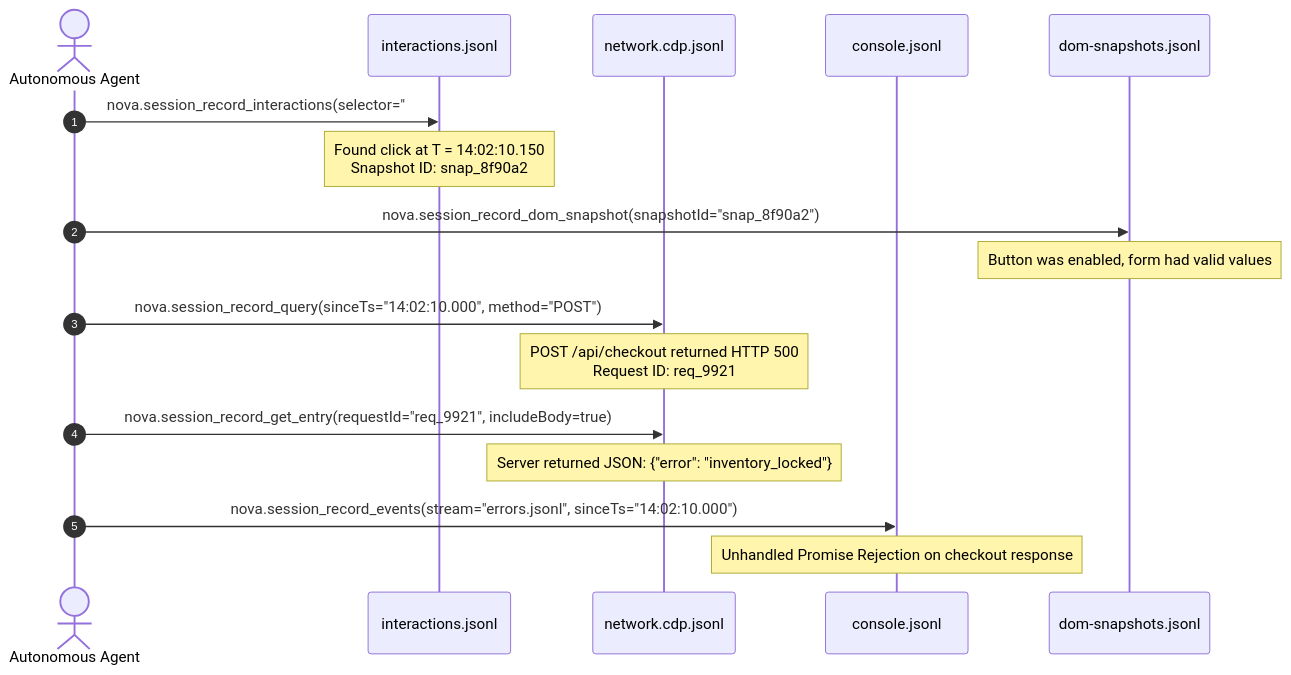
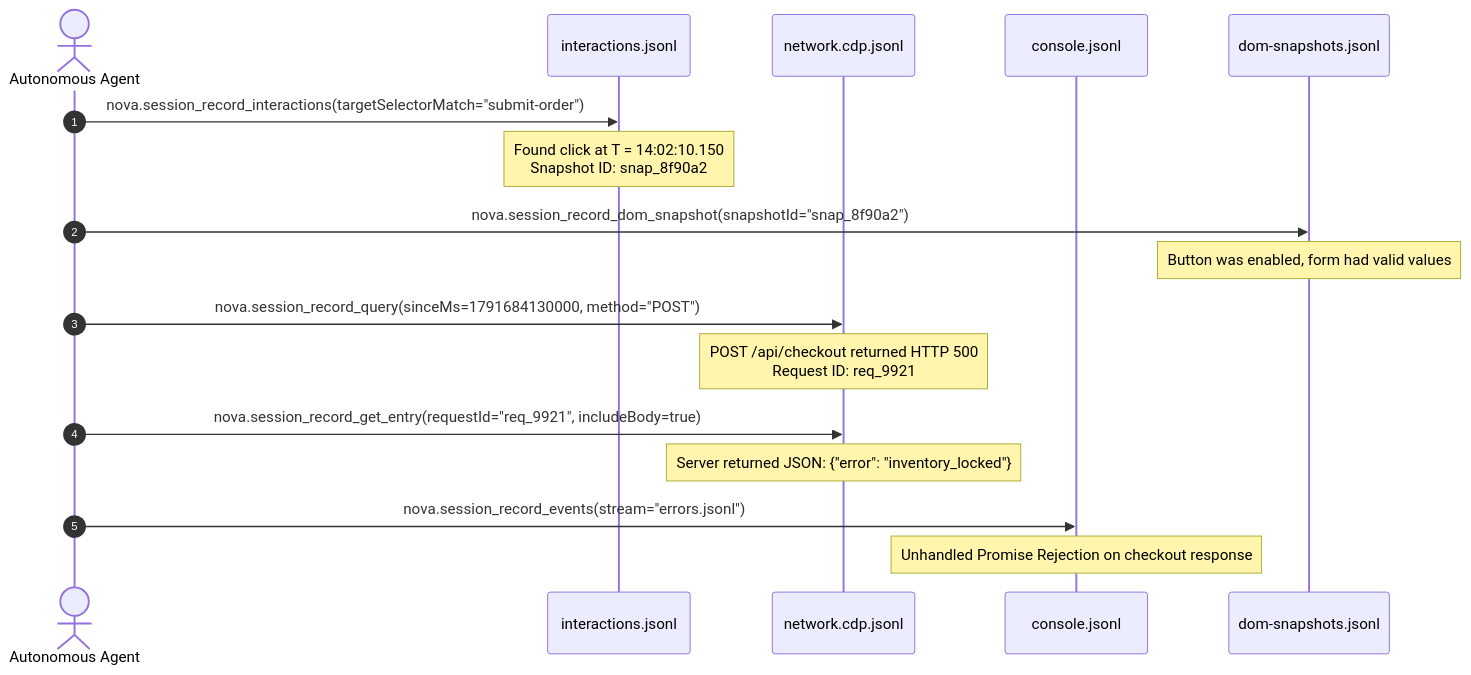
One commit to joelaniol/nova changed the diagram in docs/core-features/session-recording/query-and-time-travel/README.md. Above: the diagram before and after it, drawn with Mermaid. The commit also changed other lines of this file and 27 other files, not shown here.

Commit message:
docs(scheduled-tasks): expand architecture reference with triggers, executors, and workspaces

````diff
--- a/docs/core-features/session-recording/query-and-time-travel/README.md
+++ b/docs/core-features/session-recording/query-and-time-travel/README.md
@@ -13,20 +13,20 @@
 ```mermaid
 sequenceDiagram
     autonumber
     actor Agent as Autonomous Agent
     participant Interactions as interactions.jsonl
     participant Network as network.cdp.jsonl
     participant Console as console.jsonl
     participant Snapshots as dom-snapshots.jsonl
 
-    Agent->>Interactions: nova.session_record_interactions(selector="#submit-order")
+    Agent->>Interactions: nova.session_record_interactions(targetSelectorMatch="submit-order")
     Note over Interactions: Found click at T = 14:02:10.150<br/>Snapshot ID: snap_8f90a2
     Agent->>Snapshots: nova.session_record_dom_snapshot(snapshotId="snap_8f90a2")
     Note over Snapshots: Button was enabled, form had valid values
-    Agent->>Network: nova.session_record_query(sinceTs="14:02:10.000", method="POST")
+    Agent->>Network: nova.session_record_query(sinceMs=1791684130000, method="POST")
     Note over Network: POST /api/checkout returned HTTP 500<br/>Request ID: req_9921
     Agent->>Network: nova.session_record_get_entry(requestId="req_9921", includeBody=true)
     Note over Network: Server returned JSON: {"error": "inventory_locked"}
-    Agent->>Console: nova.session_record_events(stream="errors.jsonl", sinceTs="14:02:10.000")
+    Agent->>Console: nova.session_record_events(stream="errors.jsonl")
     Note over Console: Unhandled Promise Rejection on checkout response
 ```
````
